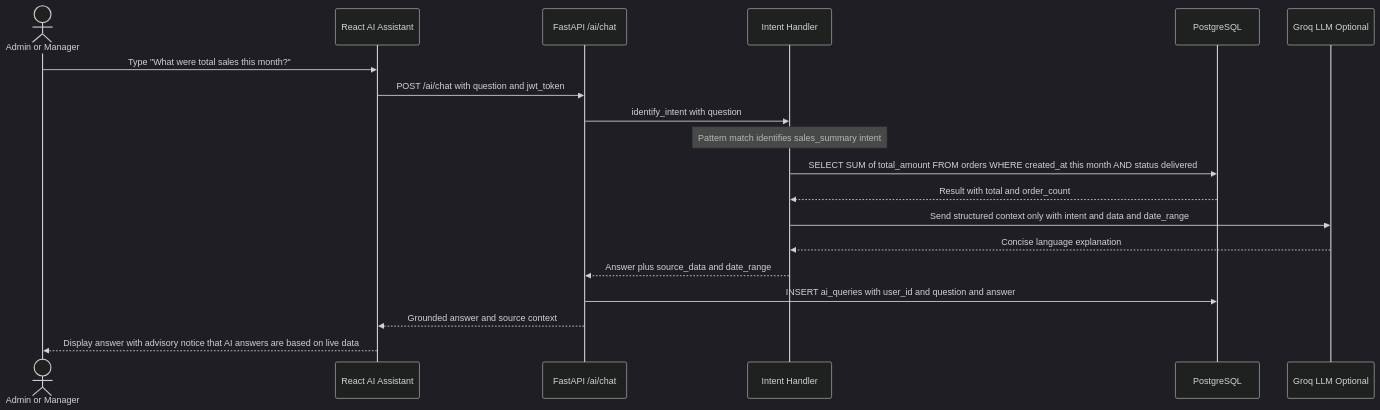
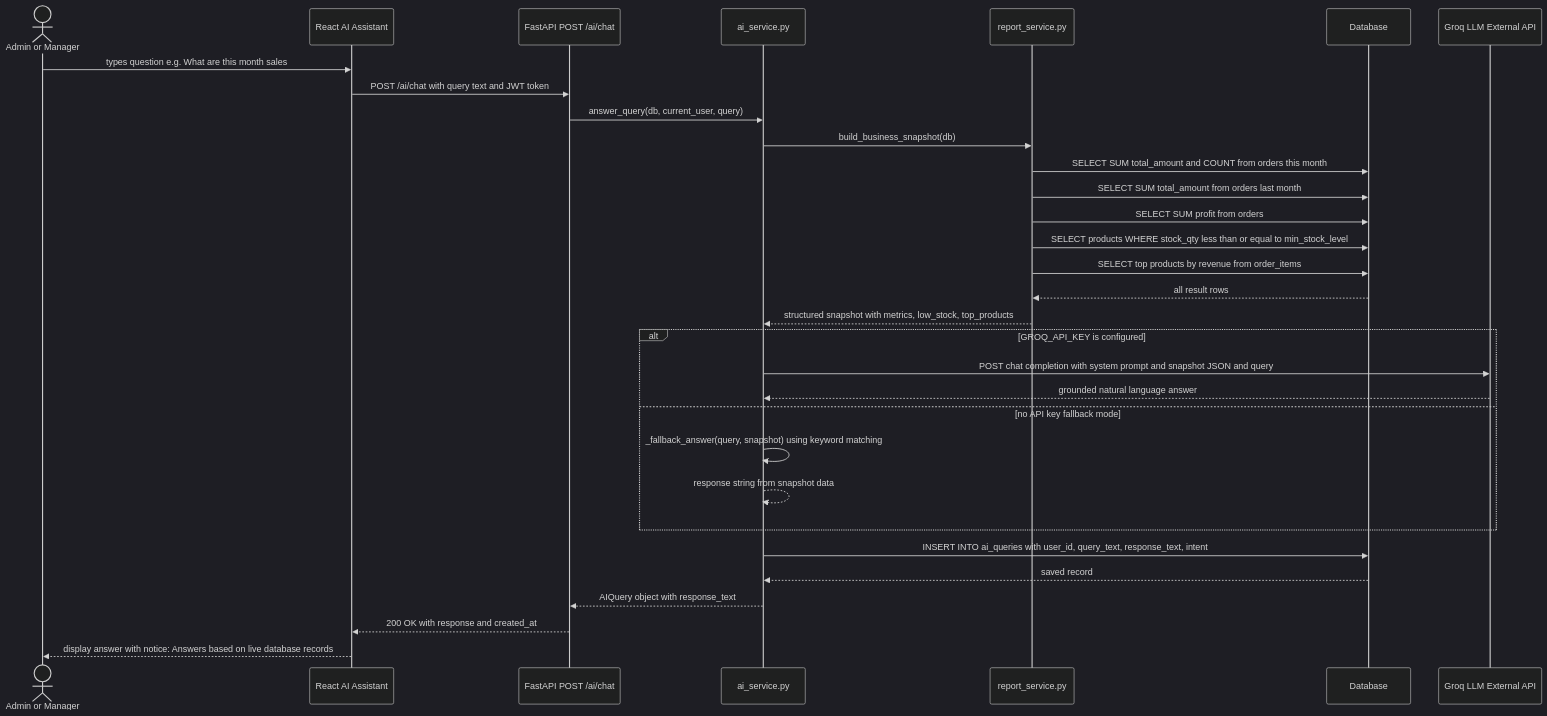
The eighth of 12 diagrams in docs/design-diagrams/ALL-DIAGRAMS.md (hyperS777/BizAI), drawn with Mermaid (dark theme) before and after one commit. The commit also changed other lines of this file and 22 other files, not shown here.

Commit message:
feat: add backend report service and system design diagrams

````diff
--- a/docs/design-diagrams/ALL-DIAGRAMS.md
+++ b/docs/design-diagrams/ALL-DIAGRAMS.md
@@ -242,22 +359,37 @@
 ```mermaid
 sequenceDiagram
-    actor User as Admin or Manager
-    participant UI as React AI Assistant
-    participant API as FastAPI /ai/chat
-    participant Intent as Intent Handler
-    participant DB as PostgreSQL
-    participant LLM as Groq LLM Optional
+    actor U as Admin or Manager
+    participant FE as React AI Assistant
+    participant API as FastAPI POST /ai/chat
+    participant AIS as ai_service.py
+    participant RS as report_service.py
+    participant DB as Database
+    participant GROQ as Groq LLM External API
 
-    User->>UI: Type "What were total sales this month?"
-    UI->>API: POST /ai/chat with question and jwt_token
-    API->>Intent: identify_intent with question
-    Note over Intent: Pattern match identifies sales_summary intent
-    Intent->>DB: SELECT SUM of total_amount FROM orders WHERE created_at this month AND status delivered
-    DB-->>Intent: Result with total and order_count
-    Intent->>LLM: Send structured context only with intent and data and date_range
-    LLM-->>Intent: Concise language explanation
-    Intent-->>API: Answer plus source_data and date_range
-    API->>DB: INSERT ai_queries with user_id and question and answer
-    API-->>UI: Grounded answer and source context
-    UI-->>User: Display answer with advisory notice that AI answers are based on live data
+    U->>FE: types question e.g. What are this month sales
+    FE->>API: POST /ai/chat with query text and JWT token
+    API->>AIS: answer_query(db, current_user, query)
+    AIS->>RS: build_business_snapshot(db)
+
+    RS->>DB: SELECT SUM total_amount and COUNT from orders this month
+    RS->>DB: SELECT SUM total_amount from orders last month
+    RS->>DB: SELECT SUM profit from orders
+    RS->>DB: SELECT products WHERE stock_qty less than or equal to min_stock_level
+    RS->>DB: SELECT top products by revenue from order_items
+    DB-->>RS: all result rows
+    RS-->>AIS: structured snapshot with metrics, low_stock, top_products
+
+    alt GROQ_API_KEY is configured
+        AIS->>GROQ: POST chat completion with system prompt and snapshot JSON and query
+        GROQ-->>AIS: grounded natural language answer
+    else no API key fallback mode
+        AIS->>AIS: _fallback_answer(query, snapshot) using keyword matching
+        AIS-->>AIS: response string from snapshot data
+    end
+
+    AIS->>DB: INSERT INTO ai_queries with user_id, query_text, response_text, intent
+    DB-->>AIS: saved record
+    AIS-->>API: AIQuery object with response_text
+    API-->>FE: 200 OK with response and created_at
+    FE-->>U: display answer with notice: Answers based on live database records
 ```
````
